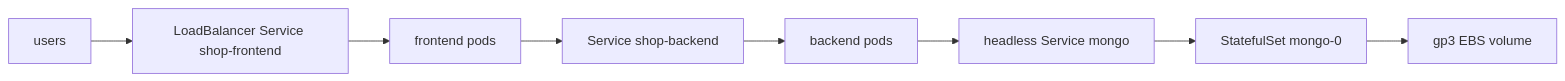
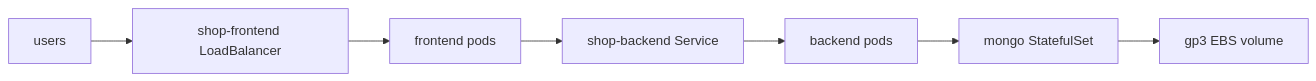
Before and after one commit to vkashsingh/shopkart-gitops: the second of 2 diagrams in README.md, drawn with Mermaid. The commit also changed other lines of this file, not shown here.

````diff
--- a/README.md
+++ b/README.md
@@ -51,10 +46,9 @@
 ```mermaid
 flowchart LR
-    Users["users"] --> SvcFE["LoadBalancer Service shop-frontend"]
-    SvcFE --> PodsFE["frontend pods"]
-    PodsFE --> SvcBE["Service shop-backend"]
-    SvcBE --> PodsBE["backend pods"]
-    PodsBE --> SvcMongo["headless Service mongo"]
-    SvcMongo --> PodsMongo["StatefulSet mongo-0"]
-    PodsMongo --> VolEBS["gp3 EBS volume"]
+    Users["users"] --> LB["shop-frontend LoadBalancer"]
+    LB --> FE["frontend pods"]
+    FE --> SvcBE["shop-backend Service"]
+    SvcBE --> BE["backend pods"]
+    BE --> Mongo["mongo StatefulSet"]
+    Mongo --> EBS["gp3 EBS volume"]
 ```
````
